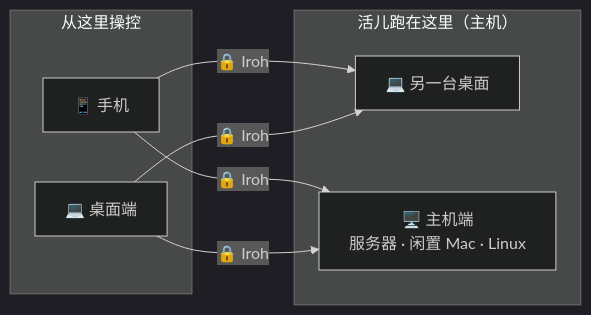
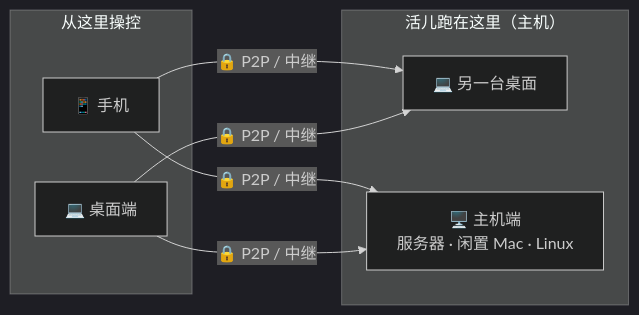
Before and after one commit to Voice-2026/WeCode: the diagram in README.zh-CN.md, drawn with Mermaid (dark theme). The commit also changed other lines of this file and 1 other file, not shown here.

````diff
--- a/README.zh-CN.md
+++ b/README.zh-CN.md
@@ -71,15 +76,15 @@
 ```mermaid
 flowchart LR
     subgraph drivers["从这里操控"]
         P["📱 手机"]
         D["💻 桌面端"]
     end
     subgraph hosts["活儿跑在这里（主机）"]
         D2["💻 另一台桌面"]
         H["🖥️ 主机端<br/>服务器 · 闲置 Mac · Linux"]
     end
-    P -->|"🔒 Iroh"| D2
-    P -->|"🔒 Iroh"| H
-    D -->|"🔒 Iroh"| D2
-    D -->|"🔒 Iroh"| H
+    P -->|"🔒 P2P / 中继"| D2
+    P -->|"🔒 P2P / 中继"| H
+    D -->|"🔒 P2P / 中继"| D2
+    D -->|"🔒 P2P / 中继"| H
 ```
````
